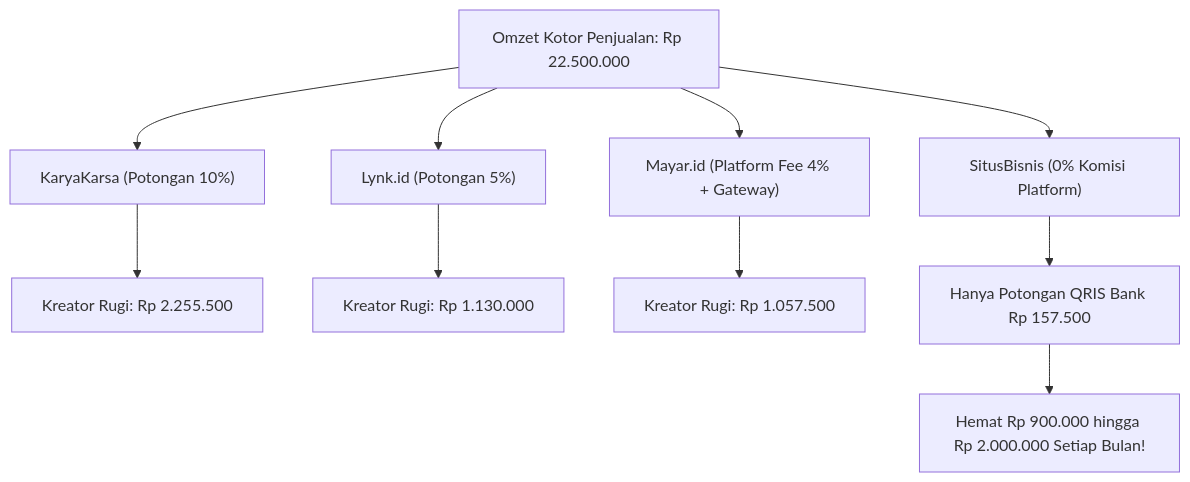
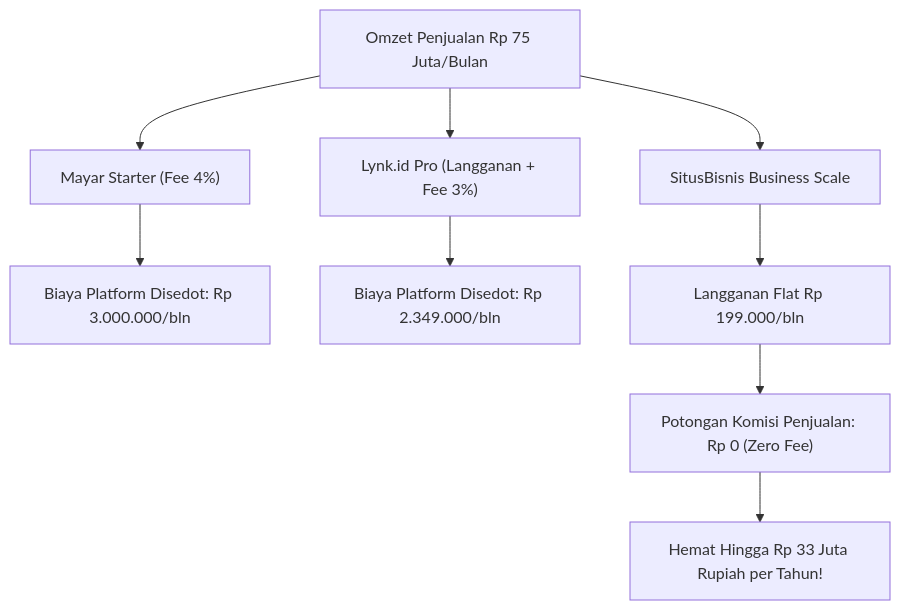
The third of 3 diagrams in src/content/blog/perbandingan-biaya-platform-jual-produk-digital-indonesia.md (crediblemark-official/Blog-SiBi), drawn with Mermaid before and after one commit. The commit also changed other lines of this file and 11 other files, not shown here.

Commit message:
feat: tambahkan artikel conquesting kompetitor SitusBisnis, akurasi pricing, dan perbaikan urutan homepage

````diff
--- a/src/content/blog/perbandingan-biaya-platform-jual-produk-digital-indonesia.md
+++ b/src/content/blog/perbandingan-biaya-platform-jual-produk-digital-indonesia.md
@@ -110,17 +255,15 @@
 ```mermaid
 graph TD
-    A["Omzet Kotor Penjualan: Rp 22.500.000"]
+    A["Omzet Penjualan Rp 75 Juta/Bulan"]
     
-    A --> B["KaryaKarsa (Potongan 10%)"]
-    B --> B1["Kreator Rugi: Rp 2.255.500"]
+    A --> B["Mayar Starter (Fee 4%)"]
+    B --> B1["Biaya Platform Disedot: Rp 3.000.000/bln"]
     
-    A --> C["Lynk.id (Potongan 5%)"]
-    C --> C1["Kreator Rugi: Rp 1.130.000"]
+    A --> C["Lynk.id Pro (Langganan + Fee 3%)"]
+    C --> C1["Biaya Platform Disedot: Rp 2.349.000/bln"]
     
-    A --> D["Mayar.id (Platform Fee 4% + Gateway)"]
-    D --> D1["Kreator Rugi: Rp 1.057.500"]
-    
-    A --> E["SitusBisnis (0% Komisi Platform)"]
-    E --> E1["Hanya Potongan QRIS Bank Rp 157.500"]
-    E1 --> E2["Hemat Rp 900.000 hingga Rp 2.000.000 Setiap Bulan!"]
+    A --> D["SitusBisnis Business Scale"]
+    D --> D1["Langganan Flat Rp 199.000/bln"]
+    D1 --> D2["Potongan Komisi Penjualan: Rp 0 (Zero Fee)"]
+    D2 --> D3["Hemat Hingga Rp 33 Juta Rupiah per Tahun!"]
 ```
````
